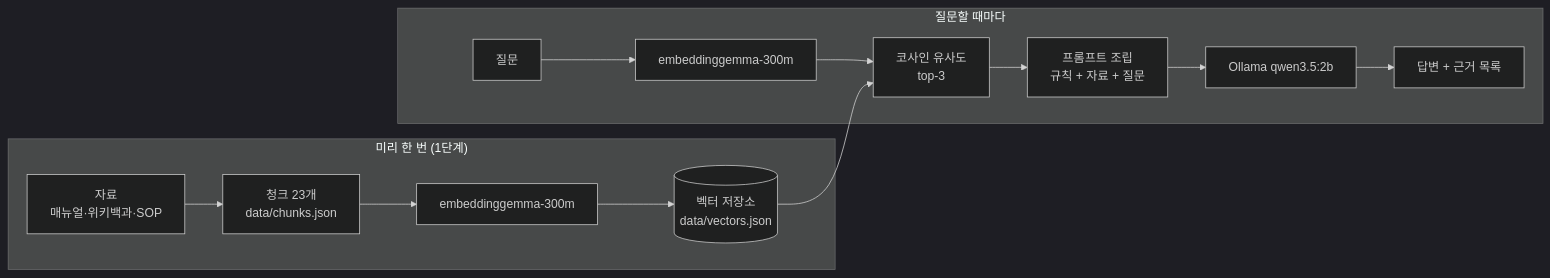
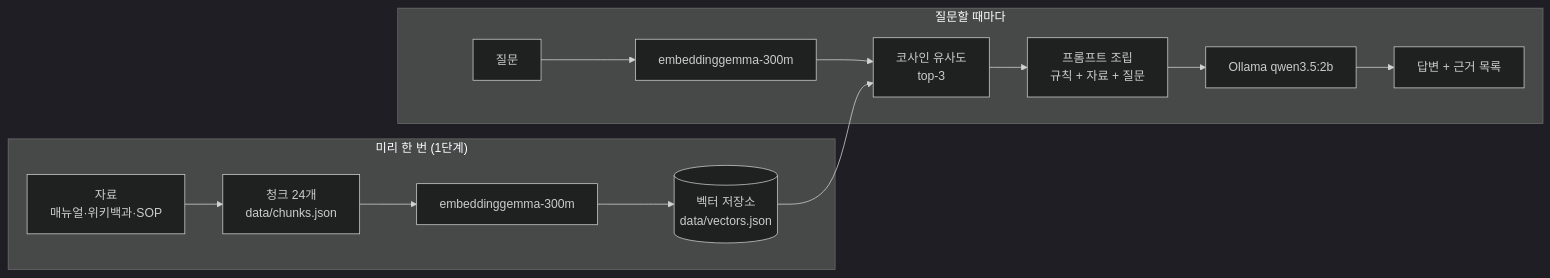
One commit to borigunbbang/protools-rag changed the diagram in README.md. Above: the diagram before and after it, drawn with Mermaid (dark theme). The commit also changed other lines of this file and 3 other files, not shown here.

````diff
--- a/README.md
+++ b/README.md
@@ -19,16 +19,16 @@
 ```mermaid
 flowchart LR
     subgraph 준비["미리 한 번 (1단계)"]
-        D["자료<br/>매뉴얼·위키백과·SOP"] --> C["청크 23개<br/>data/chunks.json"]
+        D["자료<br/>매뉴얼·위키백과·SOP"] --> C["청크 24개<br/>data/chunks.json"]
         C --> E1["embeddinggemma-300m"]
         E1 --> V[("벡터 저장소<br/>data/vectors.json")]
     end
     subgraph 질문할때["질문할 때마다"]
         Q["질문"] --> E2["embeddinggemma-300m"]
         E2 --> S["코사인 유사도<br/>top-3"]
         V --> S
         S --> P["프롬프트 조립<br/>규칙 + 자료 + 질문"]
         P --> L["Ollama qwen3.5:2b"]
         L --> A["답변 + 근거 목록"]
     end
 ```
````
